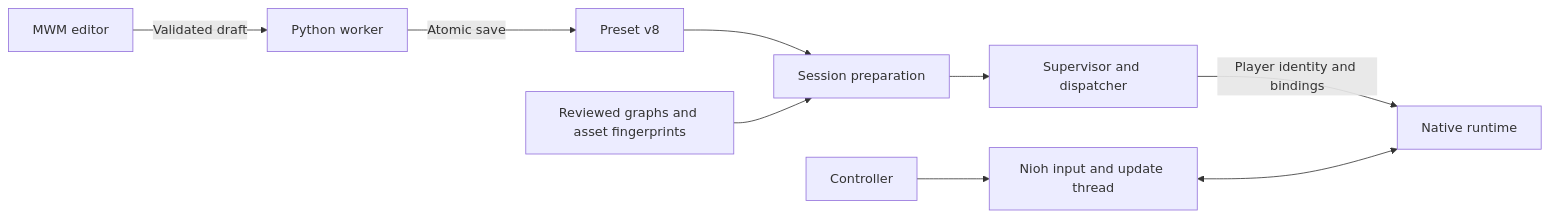
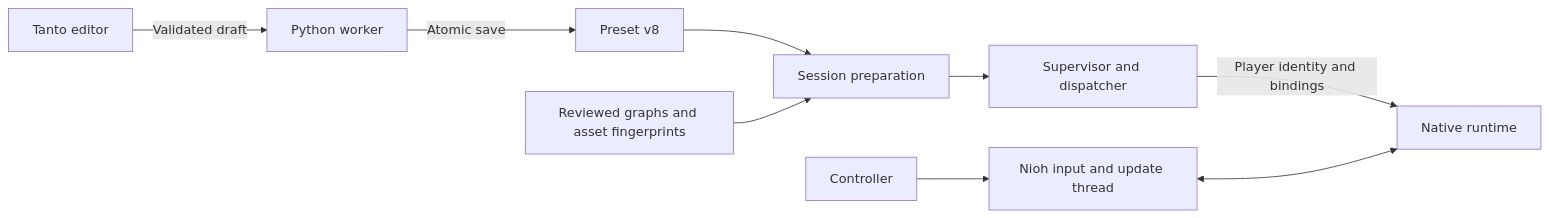
The first of 3 diagrams in README.md (neuriv/tanto), drawn with Mermaid before and after one commit. The commit also changed other lines of this file and 22 other files, not shown here.

````diff
--- a/README.md
+++ b/README.md
@@ -39,11 +43,11 @@
 ```mermaid
 flowchart LR
-    UI[MWM editor] -->|Validated draft| Worker[Python worker]
+    UI[Tanto editor] -->|Validated draft| Worker[Python worker]
     Worker -->|Atomic save| Preset[Preset v8]
     Preset --> Prepare[Session preparation]
     Data[Reviewed graphs and asset fingerprints] --> Prepare
     Prepare --> Supervisor[Supervisor and dispatcher]
     Supervisor -->|Player identity and bindings| Native[Native runtime]
     Pad[Controller] --> Game[Nioh input and update thread]
     Game <--> Native
 ```
````
